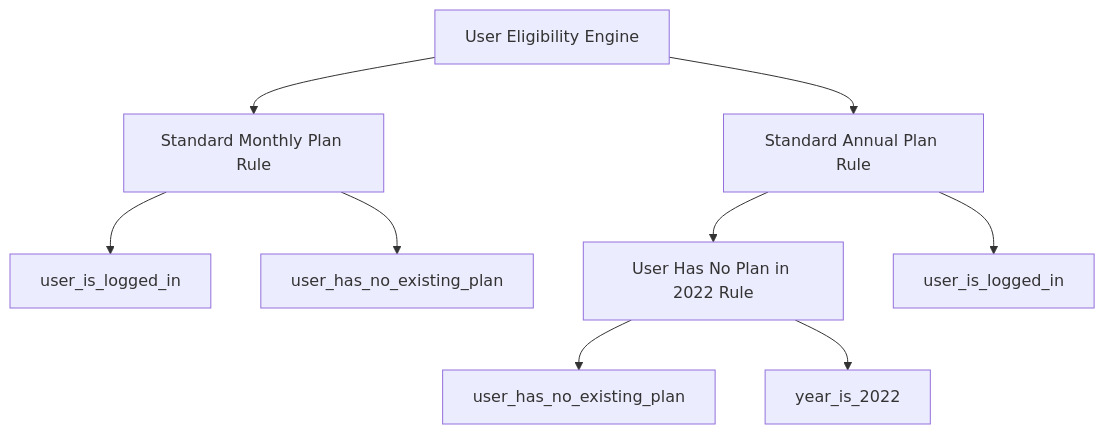
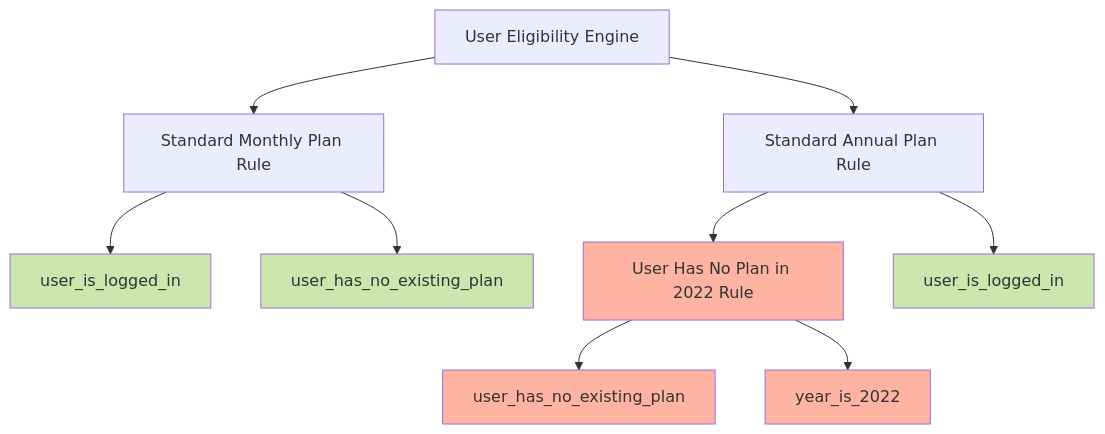
The second of 2 diagrams in slides/slides.md (WarnerMedia/all-things-open-22), drawn with Mermaid before and after one commit. The commit also changed 1 other file, not shown here.

Commit message:
chore: slide updates (#3)

````diff
--- a/slides/slides.md
+++ b/slides/slides.md
@@ -208,11 +208,17 @@
 ```mermaid
 flowchart TD
     E[User Eligibility Engine] --> R1[Standard Monthly Plan Rule]
     E --> R2[Standard Annual Plan Rule]
     R2 --> R4[User Has No Plan in 2022 Rule]
     R1 --> C1[user_is_logged_in]
     R1 --> C2[user_has_no_existing_plan]
     R2 --> C3[user_is_logged_in]
     R4 --> C4[user_has_no_existing_plan]
     R4 --> C5[year_is_2022]
+    style C1 fill:#CBE6AE
+    style C2 fill:#CBE6AE
+    style C3 fill:#CBE6AE
+    style R4 fill:#FFB3A3
+    style C4 fill:#FFB3A3
+    style C5 fill:#FFB3A3
 ```
````
